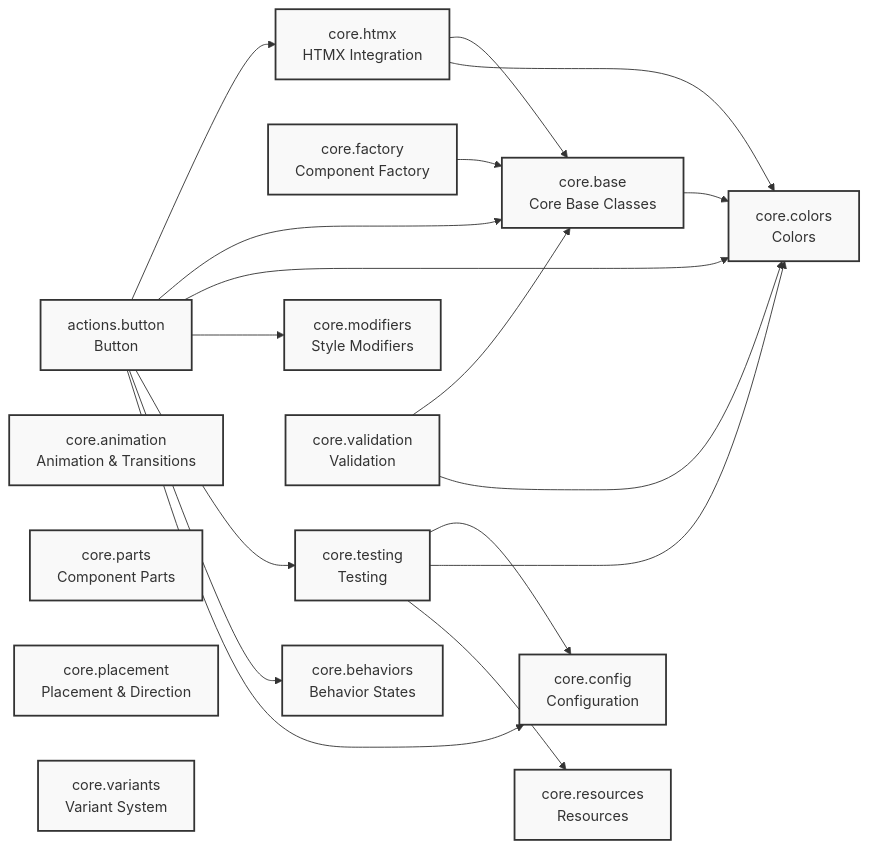
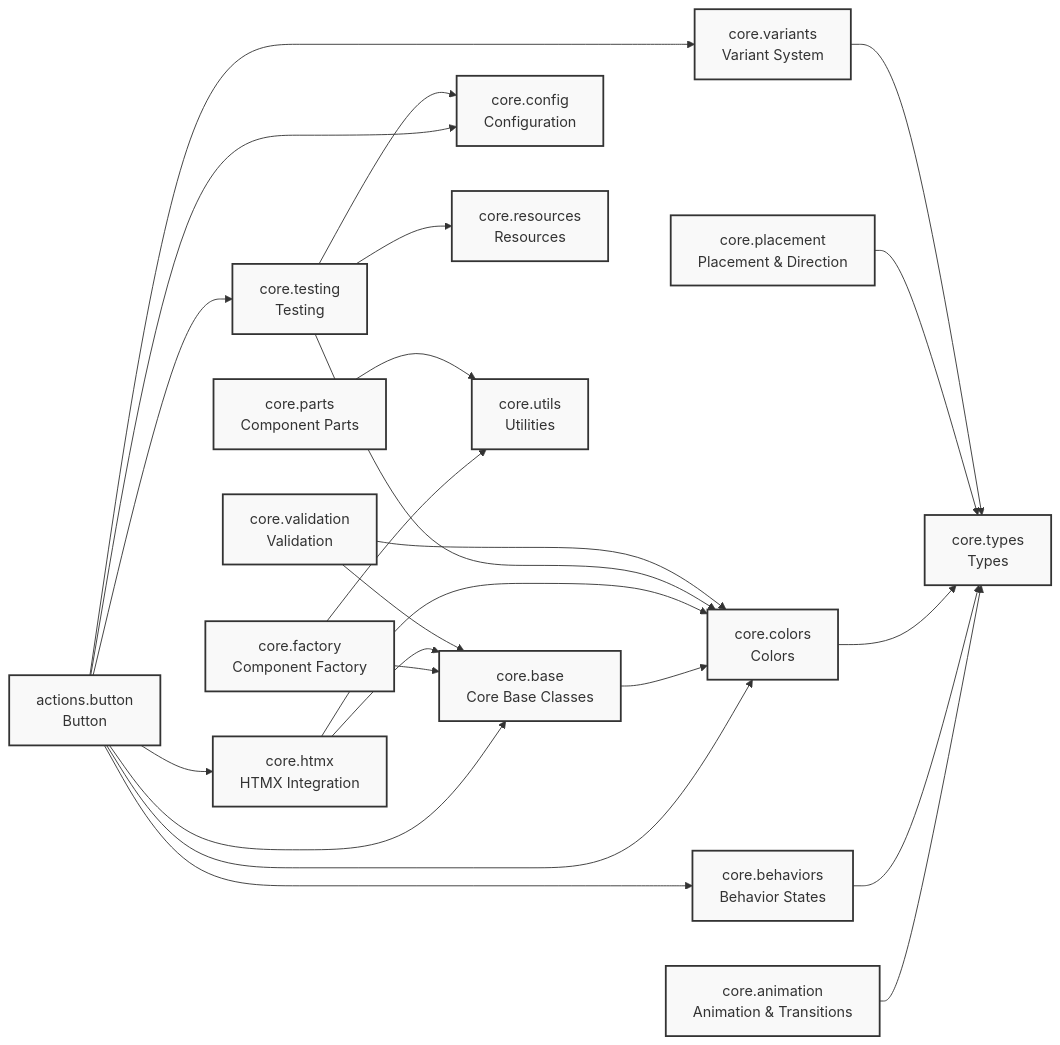
Before and after one commit to cj-mills/cjm-fasthtml-daisyui: the diagram in README.md, drawn with Mermaid. The commit also changed other lines of this file and 26 other files, not shown here.

````diff
--- a/README.md
+++ b/README.md
@@ -47,37 +48,45 @@
 ``` mermaid
 graph LR
     actions_button[actions.button<br/>Button]
     core_animation[core.animation<br/>Animation & Transitions]
     core_base[core.base<br/>Core Base Classes]
     core_behaviors[core.behaviors<br/>Behavior States]
     core_colors[core.colors<br/>Colors]
     core_config[core.config<br/>Configuration]
     core_factory[core.factory<br/>Component Factory]
     core_htmx[core.htmx<br/>HTMX Integration]
-    core_modifiers[core.modifiers<br/>Style Modifiers]
     core_parts[core.parts<br/>Component Parts]
     core_placement[core.placement<br/>Placement & Direction]
     core_resources[core.resources<br/>Resources]
     core_testing[core.testing<br/>Testing]
+    core_types[core.types<br/>Types]
+    core_utils[core.utils<br/>Utilities]
     core_validation[core.validation<br/>Validation]
     core_variants[core.variants<br/>Variant System]
 
     actions_button --> core_htmx
+    actions_button --> core_variants
+    actions_button --> core_colors
+    actions_button --> core_config
     actions_button --> core_base
-    actions_button --> core_colors
-    actions_button --> core_modifiers
+    actions_button --> core_behaviors
     actions_button --> core_testing
-    actions_button --> core_behaviors
-    actions_button --> core_config
+    core_animation --> core_types
     core_base --> core_colors
+    core_behaviors --> core_types
+    core_colors --> core_types
     core_factory --> core_base
+    core_factory --> core_utils
     core_htmx --> core_base
     core_htmx --> core_colors
+    core_parts --> core_utils
+    core_placement --> core_types
+    core_testing --> core_colors
     core_testing --> core_config
-    core_testing --> core_colors
     core_testing --> core_resources
     core_validation --> core_base
     core_validation --> core_colors
+    core_variants --> core_types
 
     classDef default fill:#f9f9f9,stroke:#333,stroke-width:2px
 ```
````
